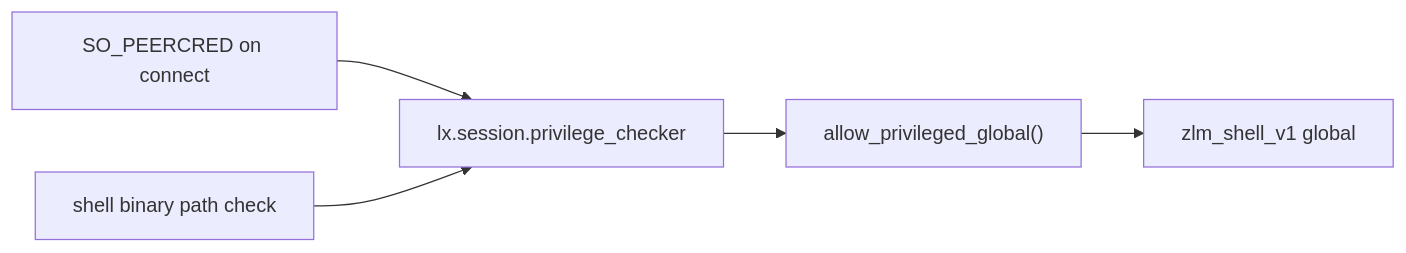
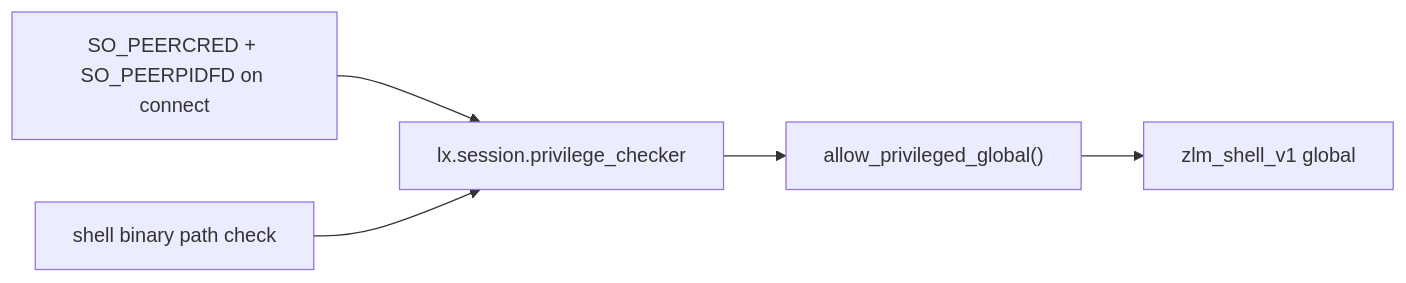
The eighth of 9 diagrams in docs/architecture.md (dimmus/lumen), drawn with Mermaid before and after one commit. The commit also changed other lines of this file and 7 other files, not shown here.

````diff
--- a/docs/architecture.md
+++ b/docs/architecture.md
@@ -2005,12 +2005,12 @@
 ```mermaid
 flowchart LR
-    CRED["SO_PEERCRED on connect"]
+    CRED["SO_PEERCRED + SO_PEERPIDFD on connect"]
     PATH["shell binary path check"]
     CHK["lx.session.privilege_checker"]
     ALLOW["allow_privileged_global()"]
     ZLM["zlm_shell_v1 global"]
 
     CRED --> CHK
     PATH --> CHK
     CHK --> ALLOW --> ZLM
 ```
````
